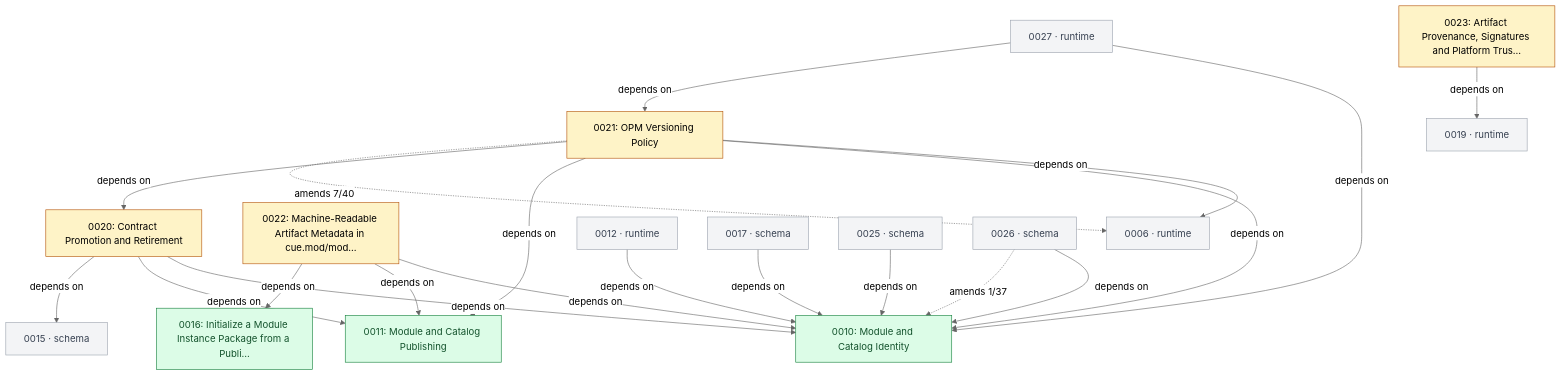
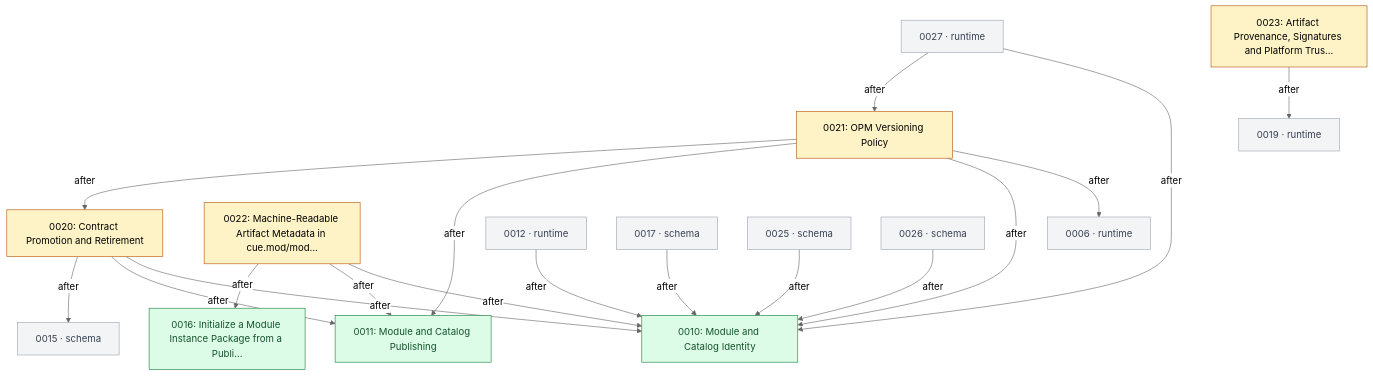
Before and after one commit to open-platform-model/enhancements: the fourth of 6 diagrams in GRAPH.md, drawn with Mermaid (neutral theme). The commit also changed other lines of this file and 1997 other files, not shown here.

````diff
--- a/GRAPH.md
+++ b/GRAPH.md
@@ -144,47 +133,45 @@
 ```mermaid
 graph TD
   classDef draft       fill:#fef3c7,stroke:#b45309,color:#000
   classDef accepted    fill:#dbeafe,stroke:#1d4ed8,color:#000
   classDef rejected    fill:#fee2e2,stroke:#b91c1c,color:#7f1d1d,stroke-dasharray:4 2
+  classDef withdrawn   fill:#fef2f2,stroke:#b91c1c,color:#7f1d1d,stroke-dasharray:1 3
   classDef superseded  fill:#e5e7eb,stroke:#6b7280,color:#6b7280
   classDef delivered   fill:#dcfce7,stroke:#15803d,color:#14532d
-  classDef legacy      fill:#fafafa,stroke:#9ca3af,color:#6b7280,stroke-dasharray:3 3
   classDef stub        fill:#f3f4f6,stroke:#9ca3af,color:#374151
   classDef category    fill:#ede9fe,stroke:#6d28d9,color:#000
 
   N0010["0010: Module and Catalog Identity"]:::delivered
   N0011["0011: Module and Catalog Publishing"]:::delivered
   N0016["0016: Initialize a Module Instance Package from a Publi…"]:::delivered
   N0020["0020: Contract Promotion and Retirement"]:::draft
   N0021["0021: OPM Versioning Policy"]:::draft
   N0022["0022: Machine-Readable Artifact Metadata in cue.mod/mod…"]:::draft
   N0023["0023: Artifact Provenance, Signatures and Platform Trus…"]:::draft
   N0006["0006 · runtime"]:::stub
   N0012["0012 · runtime"]:::stub
   N0015["0015 · schema"]:::stub
   N0017["0017 · schema"]:::stub
   N0019["0019 · runtime"]:::stub
   N0025["0025 · schema"]:::stub
   N0026["0026 · schema"]:::stub
   N0027["0027 · runtime"]:::stub
 
-  N0012 -->|depends on| N0010
-  N0017 -->|depends on| N0010
-  N0020 -->|depends on| N0010
-  N0020 -->|depends on| N0011
-  N0020 -->|depends on| N0015
-  N0021 -->|depends on| N0006
-  N0021 -->|depends on| N0010
-  N0021 -->|depends on| N0011
-  N0021 -->|depends on| N0020
-  N0022 -->|depends on| N0010
-  N0022 -->|depends on| N0011
-  N0022 -->|depends on| N0016
-  N0023 -->|depends on| N0019
-  N0025 -->|depends on| N0010
-  N0026 -->|depends on| N0010
-  N0027 -->|depends on| N0010
-  N0027 -->|depends on| N0021
-  N0021 -.->|amends 7/40| N0006
-  N0026 -.->|amends 1/37| N0010
+  N0012 -->|after| N0010
+  N0017 -->|after| N0010
+  N0020 -->|after| N0010
+  N0020 -->|after| N0011
+  N0020 -->|after| N0015
+  N0021 -->|after| N0006
+  N0021 -->|after| N0010
+  N0021 -->|after| N0011
+  N0021 -->|after| N0020
+  N0022 -->|after| N0010
+  N0022 -->|after| N0011
+  N0022 -->|after| N0016
+  N0023 -->|after| N0019
+  N0025 -->|after| N0010
+  N0026 -->|after| N0010
+  N0027 -->|after| N0010
+  N0027 -->|after| N0021
 ```
````
